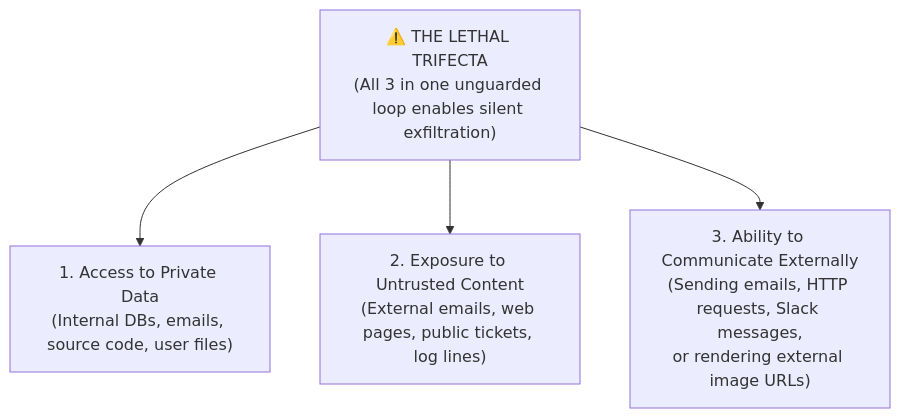
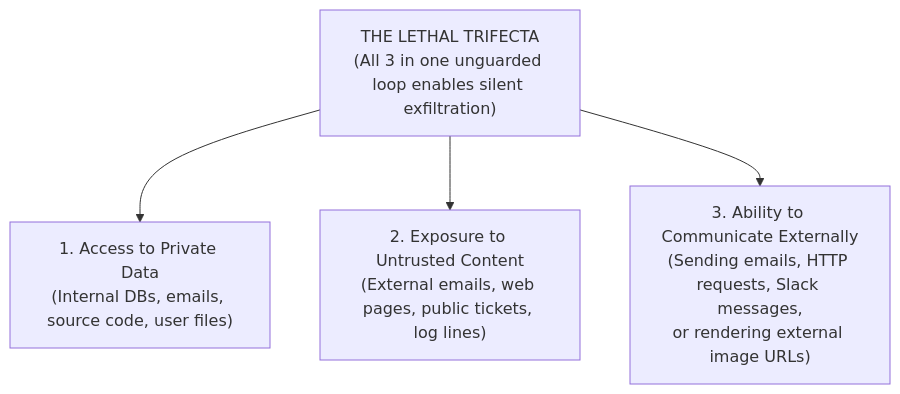
One commit to Rajdipc/agentic-ai-orchestration-patterns changed the first of 2 diagrams in chapter-12-agentic-security-identity-and-sandboxing.md. Above: the diagram before and after it, drawn with Mermaid. The commit also changed other lines of this file and 23 other files, not shown here.

````diff
--- a/chapter-12-agentic-security-identity-and-sandboxing.md
+++ b/chapter-12-agentic-security-identity-and-sandboxing.md
@@ -28,7 +29,7 @@
 ```mermaid
 flowchart TD
-    Trifecta["⚠️ THE LETHAL TRIFECTA<br/>(All 3 in one unguarded loop enables silent exfiltration)"]
+    Trifecta["THE LETHAL TRIFECTA<br/>(All 3 in one unguarded loop enables silent exfiltration)"]
     Trifecta --> C1["1. Access to Private Data<br/>(Internal DBs, emails, source code, user files)"]
     Trifecta --> C2["2. Exposure to Untrusted Content<br/>(External emails, web pages, public tickets, log lines)"]
     Trifecta --> C3["3. Ability to Communicate Externally<br/>(Sending emails, HTTP requests, Slack messages,<br/>or rendering external image URLs)"]
 ```
````
